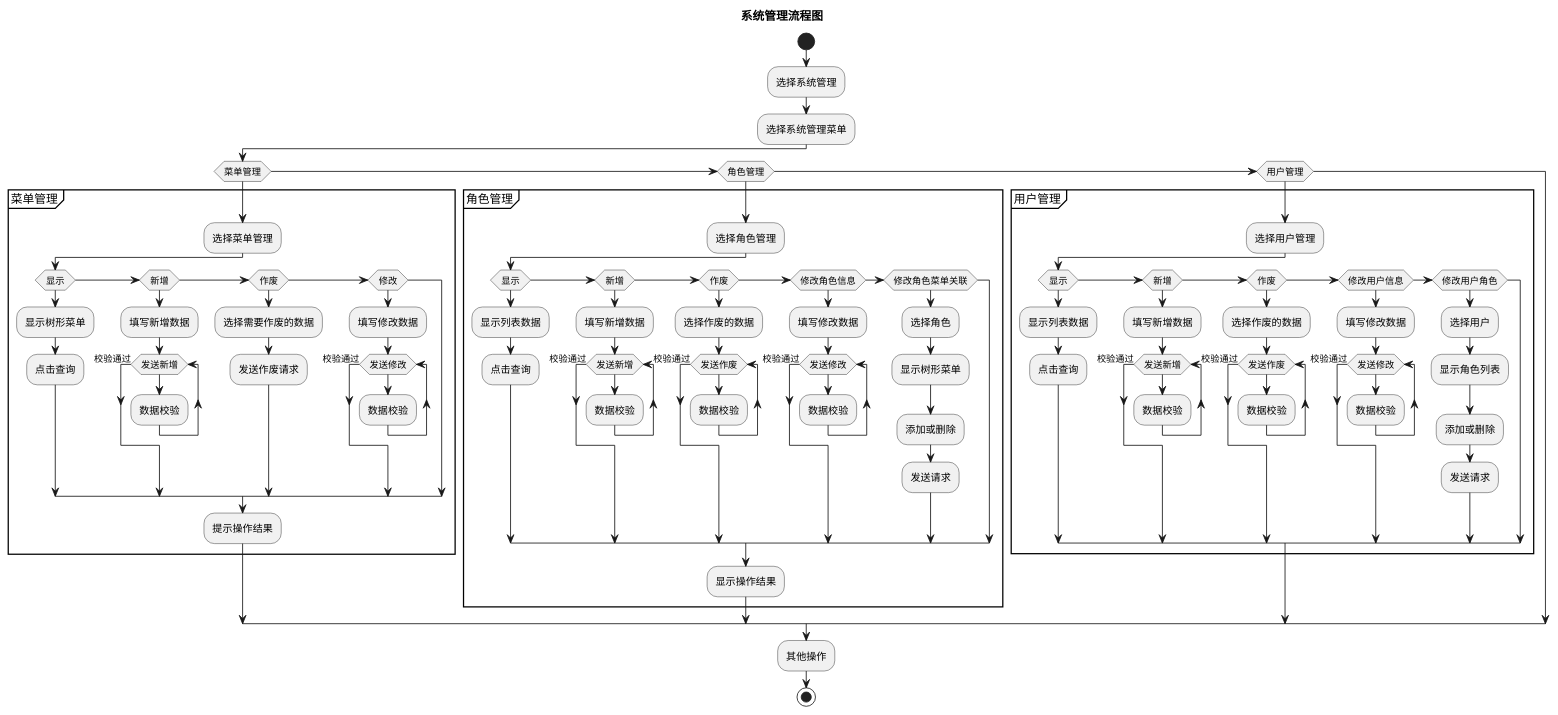
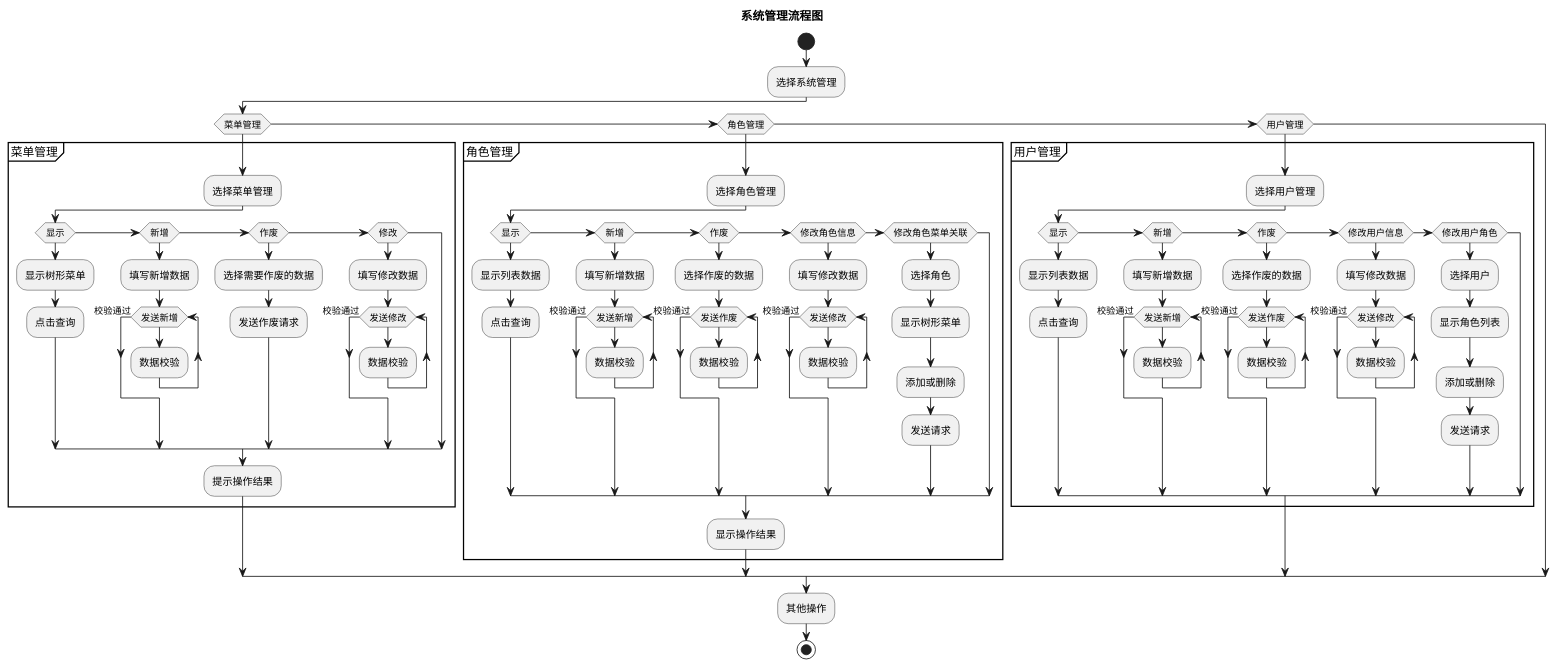
The diagram in src/main/resources/业务流程修订版/开发/功能概要设计文档/系统管理/系统管理模块-流程图-v1.puml (YorickZheng/Tms-Wlxk), drawn with PlantUML before and after one commit. The commit also changed 127 other files, not shown here.

```diff
--- a/src/main/resources/业务流程修订版/开发/功能概要设计文档/系统管理/系统管理模块-流程图-v1.puml
+++ b/src/main/resources/业务流程修订版/开发/功能概要设计文档/系统管理/系统管理模块-流程图-v1.puml
@@ -1,89 +1,88 @@
 @startuml
 title 系统管理流程图
 
 start
 :选择系统管理;
-:选择系统管理菜单;
 if(菜单管理)
     partition 菜单管理 {
         :选择菜单管理;
         if(显示)
             :显示树形菜单;
             :点击查询;
         else if(新增)
             :填写新增数据;
             while(发送新增)
                 :数据校验;
             endwhile(校验通过)
         else if(作废)
             :选择需要作废的数据;
             :发送作废请求;
         else if(修改)
             :填写修改数据;
             while(发送修改)
                 :数据校验;
             endwhile(校验通过)
         endif
         :提示操作结果;
     }
 else if (角色管理)
     partition 角色管理 {
         :选择角色管理;
         if (显示)
             :显示列表数据;
             :点击查询;
         else if (新增)
             :填写新增数据;
             while(发送新增)
                 :数据校验;
             endwhile(校验通过)
         else if (作废)
             :选择作废的数据;
             while(发送作废)
                 :数据校验;
             endwhile(校验通过)
         else if (修改角色信息)
             :填写修改数据;
             while(发送修改)
                 :数据校验;
             endwhile(校验通过)
         else if (修改角色菜单关联)
             :选择角色;
             :显示树形菜单;
             :添加或删除;
             :发送请求;
         endif
         :显示操作结果;
     }
 else if (用户管理)
     partition 用户管理 {
         :选择用户管理;
         if (显示)
             :显示列表数据;
             :点击查询;
         else if (新增)
             :填写新增数据;
             while(发送新增)
                 :数据校验;
             endwhile(校验通过)
         else if (作废)
             :选择作废的数据;
             while(发送作废)
                 :数据校验;
             endwhile(校验通过)
         else if (修改用户信息)
             :填写修改数据;
             while(发送修改)
                 :数据校验;
             endwhile(校验通过)
         else if (修改用户角色)
             :选择用户;
             :显示角色列表;
             :添加或删除;
             :发送请求;
         endif
     }
 endif
 :其他操作;
 stop
 @enduml
```
